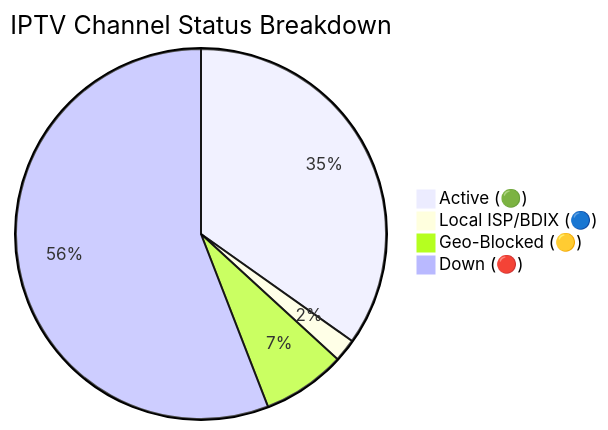
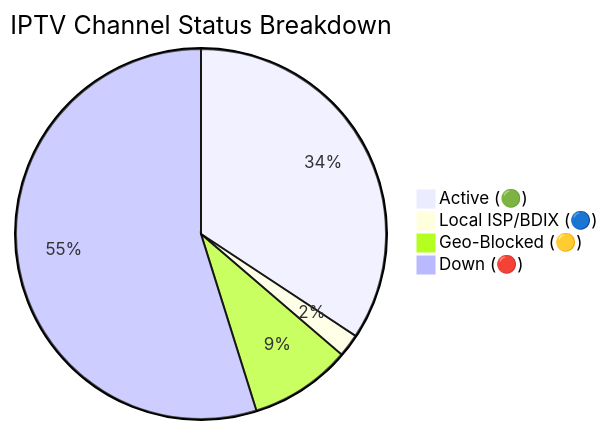
One commit to andreataylord/Ip-tv-Collection changed the diagram in README.md. Above: the diagram before and after it, drawn with Mermaid. The commit also changed other lines of this file and 1 other file, not shown here.

Commit message:
docs(readme): auto-update daily channel status chart

````diff
--- a/README.md
+++ b/README.md
@@ -59,7 +59,7 @@
 ```mermaid
 pie title IPTV Channel Status Breakdown
-    "Active (🟢)" : 2223
+    "Active (🟢)" : 2189
     "Local ISP/BDIX (🔵)" : 128
-    "Geo-Blocked (🟡)" : 466
-    "Down (🔴)" : 3569
+    "Geo-Blocked (🟡)" : 567
+    "Down (🔴)" : 3502
 ```
````
